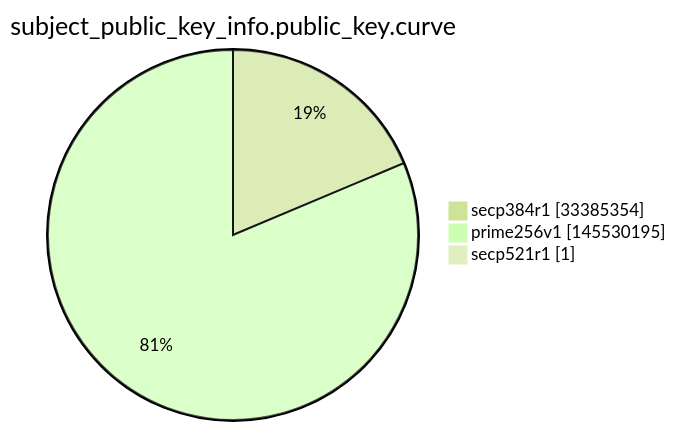
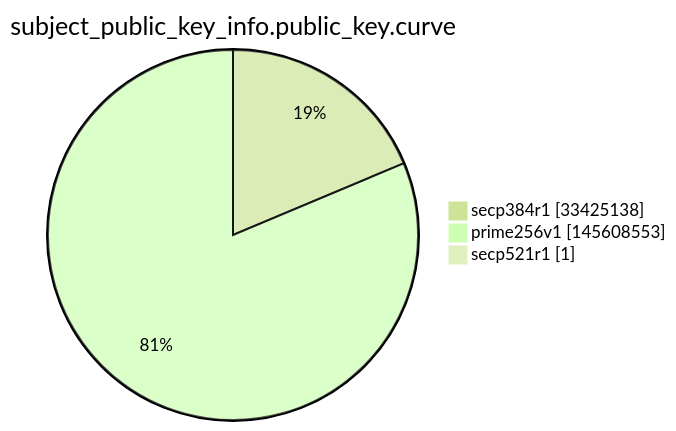
The ninth of 15 diagrams in argon2022/README.md (christiankrug/ctmonitor_visualization), drawn with Mermaid (forest theme) before and after one commit. The commit also changed other lines of this file, not shown here.

````diff
--- a/argon2022/README.md
+++ b/argon2022/README.md
@@ -2764,7 +2764,7 @@
 ```mermaid
 pie showData
 title subject_public_key_info.public_key.curve
-"secp384r1" :33385354
-"prime256v1" :145530195
+"secp384r1" :33425138
+"prime256v1" :145608553
 "secp521r1" :1
 ```
````
